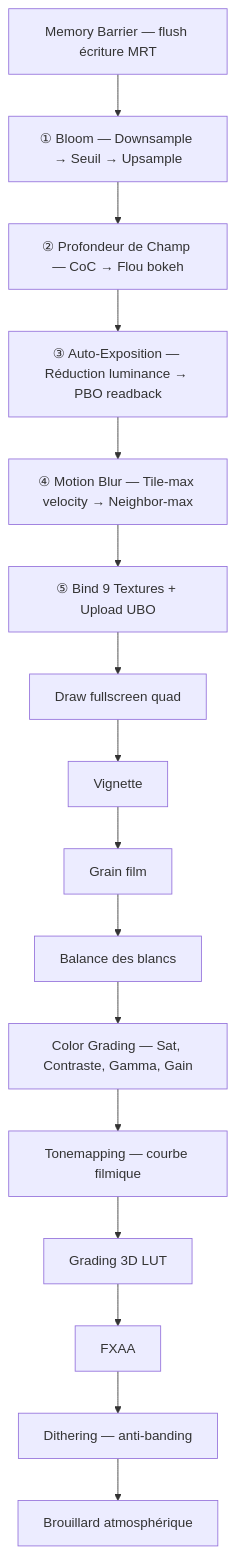
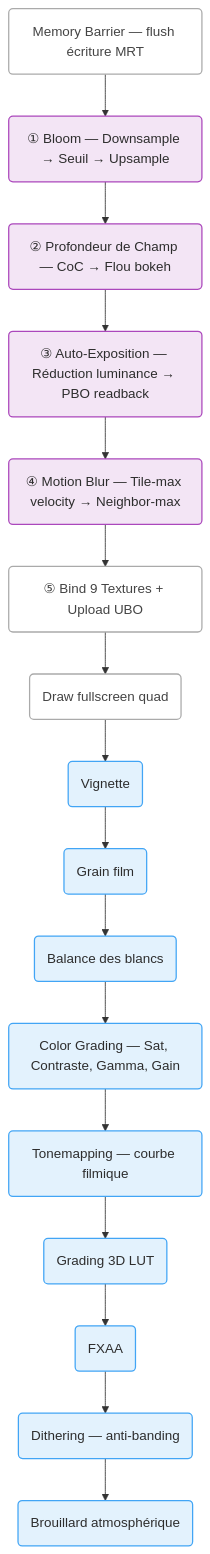
One commit to yoyonel/blog_source changed diagram 16 of 17 in content/suckless-ogl-anatomie-frame.md. Above: the diagram before and after it, drawn with Mermaid. The commit also changed other lines of this file and 4 other files, not shown here.

First line of the commit message:
refactor(mermaid): hand-drawn style + forced light mode for all browsers

```diff
--- a/content/suckless-ogl-anatomie-frame.md
+++ b/content/suckless-ogl-anatomie-frame.md
@@ -802,19 +886,28 @@
 <pre class="mermaid">
 graph TD
-    A["Memory Barrier — flush écriture MRT"]
-    A --> B["① Bloom — Downsample → Seuil → Upsample"]
-    B --> C["② Profondeur de Champ — CoC → Flou bokeh"]
-    C --> D["③ Auto-Exposition — Réduction luminance → PBO readback"]
-    D --> E["④ Motion Blur — Tile-max velocity → Neighbor-max"]
-    E --> F["⑤ Bind 9 Textures + Upload UBO"]
-    F --> H["Draw fullscreen quad"]
-    H --> J["Vignette"]
-    J --> K["Grain film"]
-    K --> L["Balance des blancs"]
-    L --> M["Color Grading — Sat, Contraste, Gamma, Gain"]
-    M --> N["Tonemapping — courbe filmique"]
-    N --> O["Grading 3D LUT"]
-    O --> P["FXAA"]
-    P --> Q["Dithering — anti-banding"]
-    Q --> R["Brouillard atmosphérique"]
+    A("Memory Barrier — flush écriture MRT")
+    A --> B("① Bloom — Downsample → Seuil → Upsample")
+    B --> C("② Profondeur de Champ — CoC → Flou bokeh")
+    C --> D("③ Auto-Exposition — Réduction luminance → PBO readback")
+    D --> E("④ Motion Blur — Tile-max velocity → Neighbor-max")
+    E --> F("⑤ Bind 9 Textures + Upload UBO")
+    F --> H("Draw fullscreen quad")
+    H --> J("Vignette")
+    J --> K("Grain film")
+    K --> L("Balance des blancs")
+    L --> M("Color Grading — Sat, Contraste, Gamma, Gain")
+    M --> N("Tonemapping — courbe filmique")
+    N --> O("Grading 3D LUT")
+    O --> P("FXAA")
+    P --> Q("Dithering — anti-banding")
+    Q --> R("Brouillard atmosphérique")
+
+    classDef keyFunc fill:#fff59d,stroke:#f9a825,stroke-width:2px,color:#2d2d2d
+    classDef compute fill:#f3e5f5,stroke:#ab47bc,stroke-width:1.5px,color:#2d2d2d
+    classDef shader fill:#e3f2fd,stroke:#42a5f5,stroke-width:1.5px,color:#2d2d2d
+    classDef subsystem fill:#ffffff,stroke:#aaaaaa,stroke-width:1.5px,color:#444444
+
+    class A,F,H subsystem
+    class B,C,D,E compute
+    class J,K,L,M,N,O,P,Q,R shader
 </pre>
```
